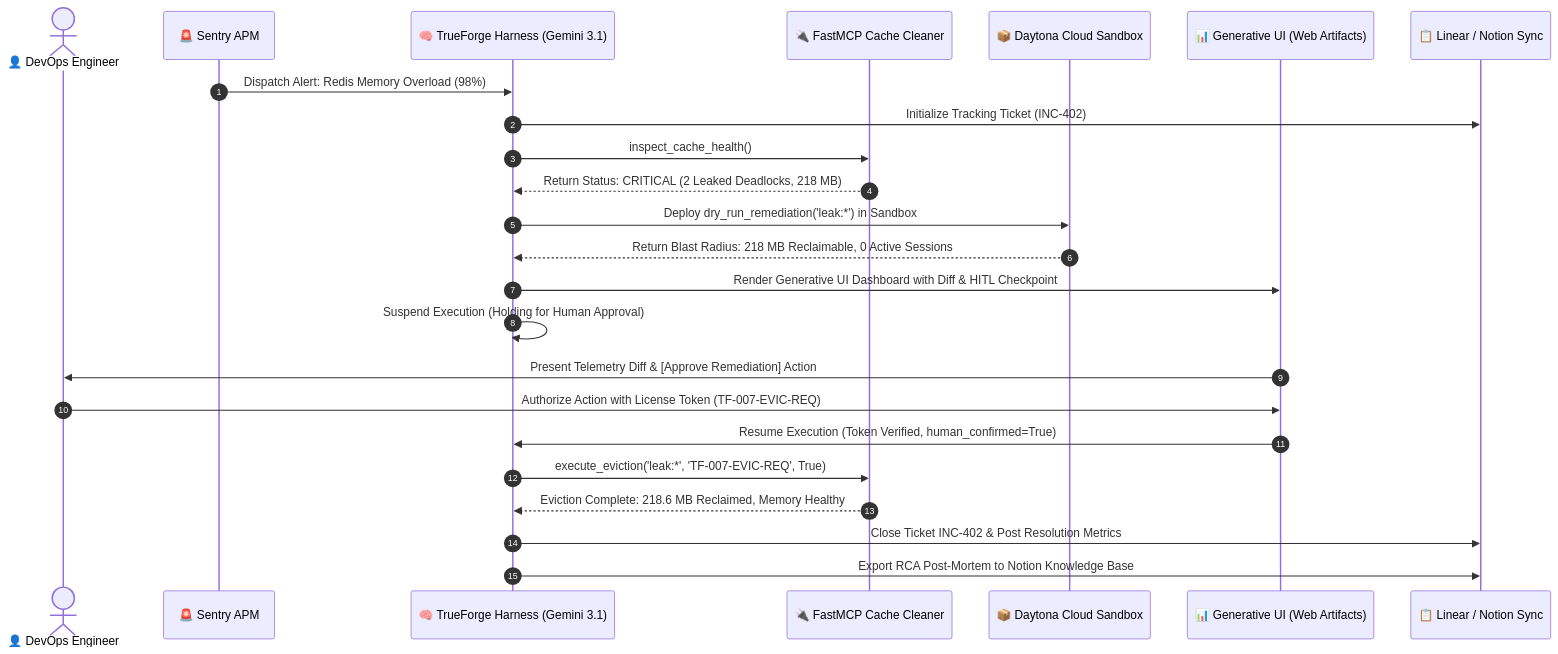
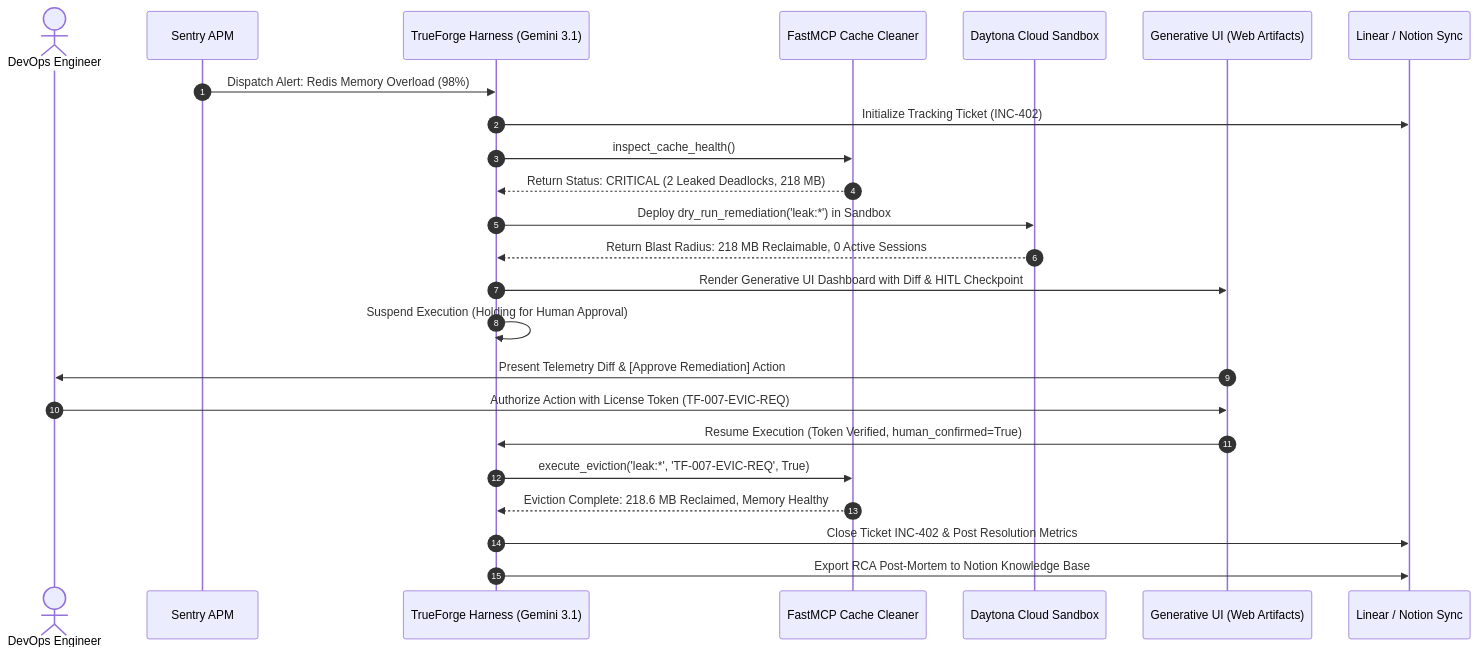
The second of 2 diagrams in README.md (Anurag-tech22/bomb-squad-agent), drawn with Mermaid before and after one commit. The commit also changed other lines of this file, not shown here.

````diff
--- a/README.md
+++ b/README.md
@@ -117,32 +112,32 @@
 ```mermaid
 sequenceDiagram
     autonumber
-    actor Operator as 👤 DevOps Engineer
-    participant Sentry as 🚨 Sentry APM
-    participant TrueForge as 🧠 TrueForge Harness (Gemini 3.1)
-    participant MCP as 🔌 FastMCP Cache Cleaner
-    participant Daytona as 📦 Daytona Cloud Sandbox
-    participant UI as 📊 Generative UI (Web Artifacts)
-    participant Linear as 📋 Linear / Notion Sync
+    actor Operator as DevOps Engineer
+    participant Sentry as Sentry APM
+    participant TrueForge as TrueForge Harness (Gemini 3.1)
+    participant MCP as FastMCP Cache Cleaner
+    participant Daytona as Daytona Cloud Sandbox
+    participant UI as Generative UI (Web Artifacts)
+    participant Linear as Linear / Notion Sync
 
     Sentry->>TrueForge: Dispatch Alert: Redis Memory Overload (98%)
     TrueForge->>Linear: Initialize Tracking Ticket (INC-402)
     TrueForge->>MCP: inspect_cache_health()
     MCP-->>TrueForge: Return Status: CRITICAL (2 Leaked Deadlocks, 218 MB)
     
     TrueForge->>Daytona: Deploy dry_run_remediation('leak:*') in Sandbox
     Daytona-->>TrueForge: Return Blast Radius: 218 MB Reclaimable, 0 Active Sessions
     
     TrueForge->>UI: Render Generative UI Dashboard with Diff & HITL Checkpoint
     TrueForge->>TrueForge: Suspend Execution (Holding for Human Approval)
     
     UI->>Operator: Present Telemetry Diff & [Approve Remediation] Action
     Operator->>UI: Authorize Action with License Token (TF-007-EVIC-REQ)
     
     UI->>TrueForge: Resume Execution (Token Verified, human_confirmed=True)
     TrueForge->>MCP: execute_eviction('leak:*', 'TF-007-EVIC-REQ', True)
     MCP-->>TrueForge: Eviction Complete: 218.6 MB Reclaimed, Memory Healthy
     
     TrueForge->>Linear: Close Ticket INC-402 & Post Resolution Metrics
     TrueForge->>Linear: Export RCA Post-Mortem to Notion Knowledge Base
 ```
````
